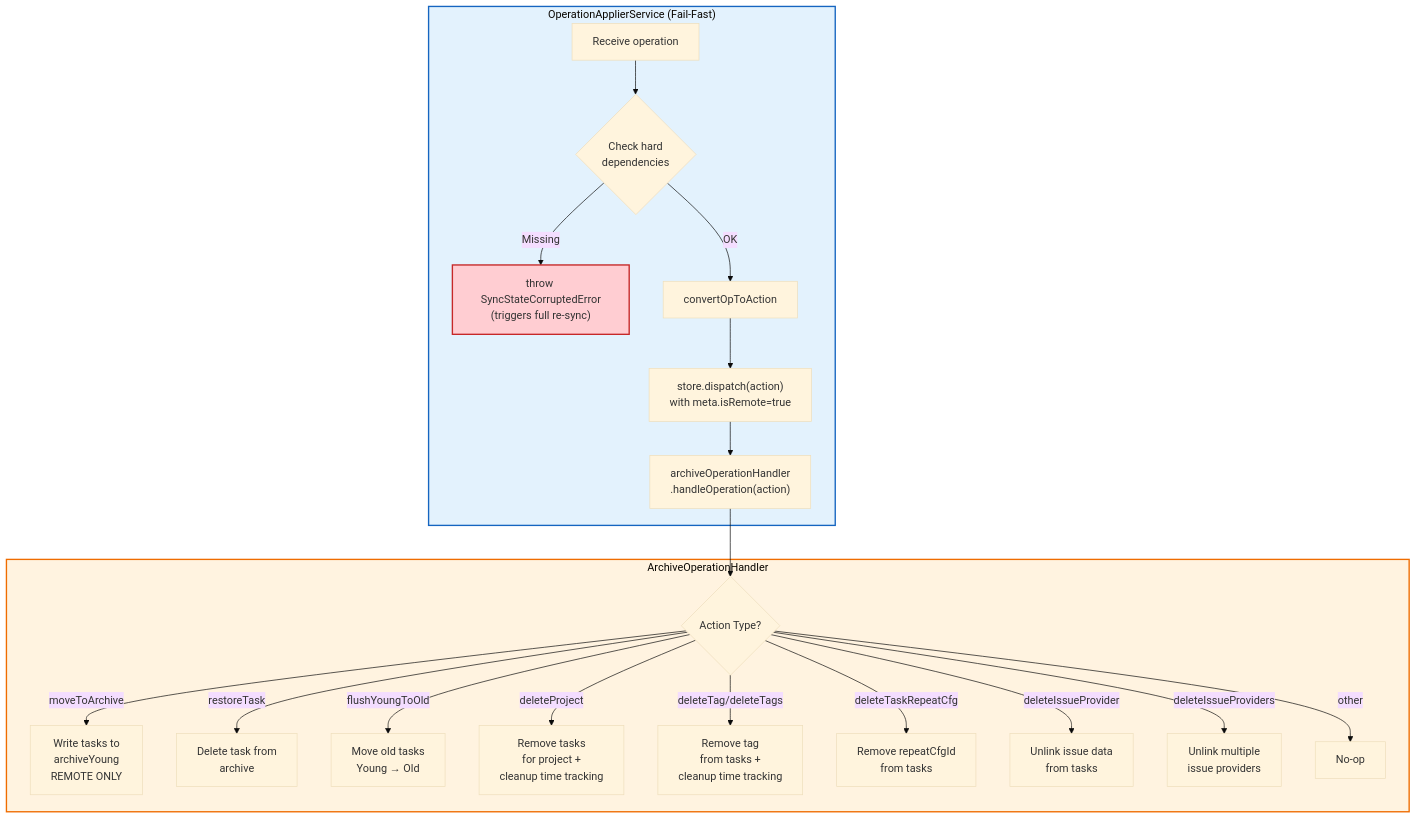
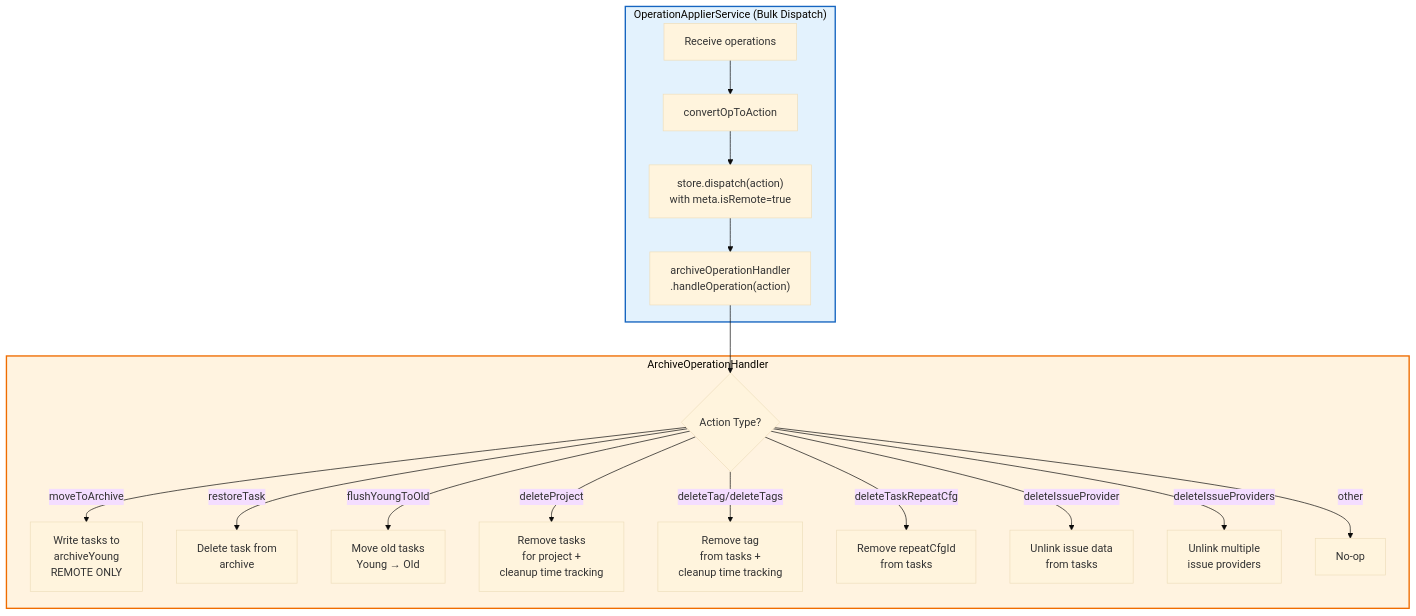
One commit to Swastik023/offline-productivity-desktop changed the fourth of 6 diagrams in docs/sync-and-op-log/diagrams/06-archive-operations.md. Above: the diagram before and after it, drawn with Mermaid (base theme). The commit also changed other lines of this file and 11 other files, not shown here.

First line of the commit message:
refactor: remove dead SyncStateCorruptedError, compat exports, and 0 byte sync-providers barrel #8328 (#8396)

````diff
--- a/docs/sync-and-op-log/diagrams/06-archive-operations.md
+++ b/docs/sync-and-op-log/diagrams/06-archive-operations.md
@@ -118,29 +118,26 @@
 ```mermaid
 flowchart TD
-    subgraph OperationApplierService["OperationApplierService (Fail-Fast)"]
-        OA1[Receive operation] --> OA2{Check hard<br/>dependencies}
-        OA2 -->|Missing| OA_ERR["throw SyncStateCorruptedError<br/>(triggers full re-sync)"]
-        OA2 -->|OK| OA3[convertOpToAction]
+    subgraph OperationApplierService["OperationApplierService (Bulk Dispatch)"]
+        OA1[Receive operations] --> OA3[convertOpToAction]
         OA3 --> OA4["store.dispatch(action)<br/>with meta.isRemote=true"]
         OA4 --> OA5["archiveOperationHandler<br/>.handleOperation(action)"]
     end
 
     subgraph Handler["ArchiveOperationHandler"]
         H1{Action Type?}
         H1 -->|moveToArchive| H2[Write tasks to<br/>archiveYoung<br/>REMOTE ONLY]
         H1 -->|restoreTask| H3[Delete task from<br/>archive]
         H1 -->|flushYoungToOld| H4[Move old tasks<br/>Young → Old]
         H1 -->|deleteProject| H5[Remove tasks<br/>for project +<br/>cleanup time tracking]
         H1 -->|deleteTag/deleteTags| H6[Remove tag<br/>from tasks +<br/>cleanup time tracking]
         H1 -->|deleteTaskRepeatCfg| H7[Remove repeatCfgId<br/>from tasks]
         H1 -->|deleteIssueProvider| H8[Unlink issue data<br/>from tasks]
         H1 -->|deleteIssueProviders| H8b[Unlink multiple<br/>issue providers]
         H1 -->|other| H9[No-op]
     end
 
     OA5 --> H1
 
     style OperationApplierService fill:#e3f2fd,stroke:#1565c0,stroke-width:2px
     style Handler fill:#fff3e0,stroke:#ef6c00,stroke-width:2px
-    style OA_ERR fill:#ffcdd2,stroke:#c62828,stroke-width:2px
 ```
````
